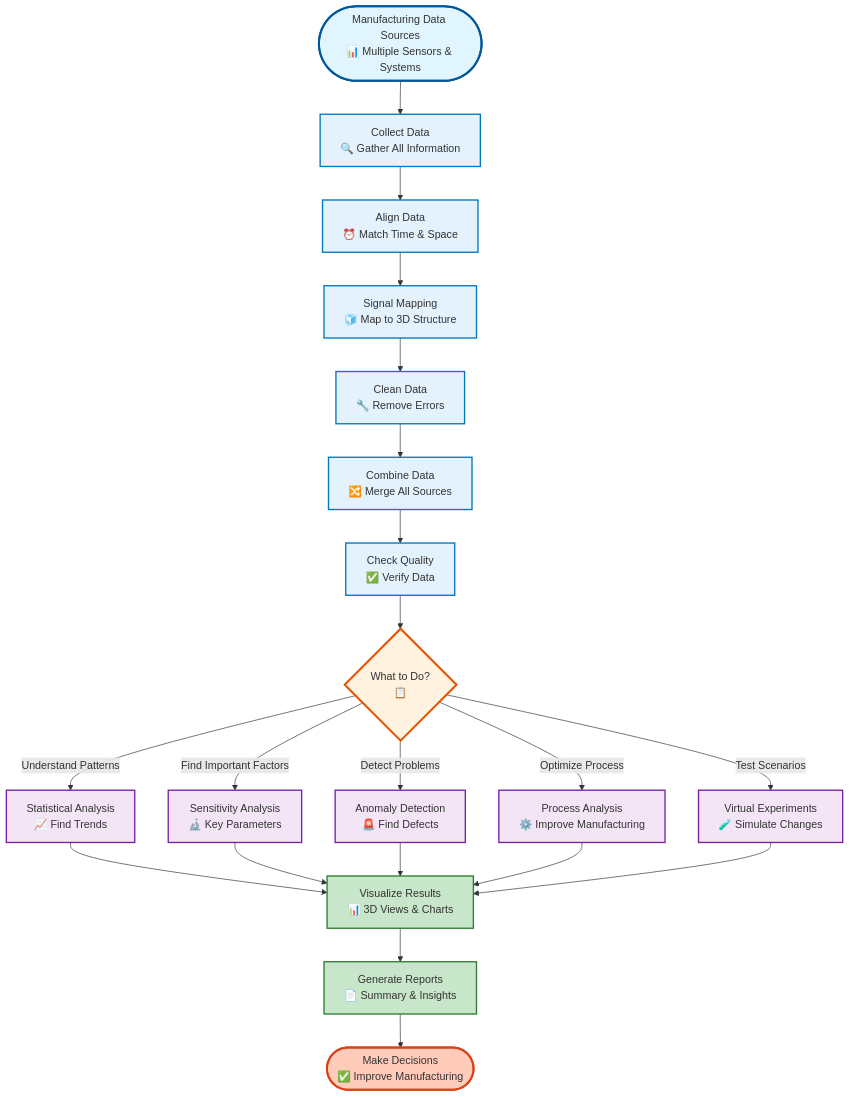
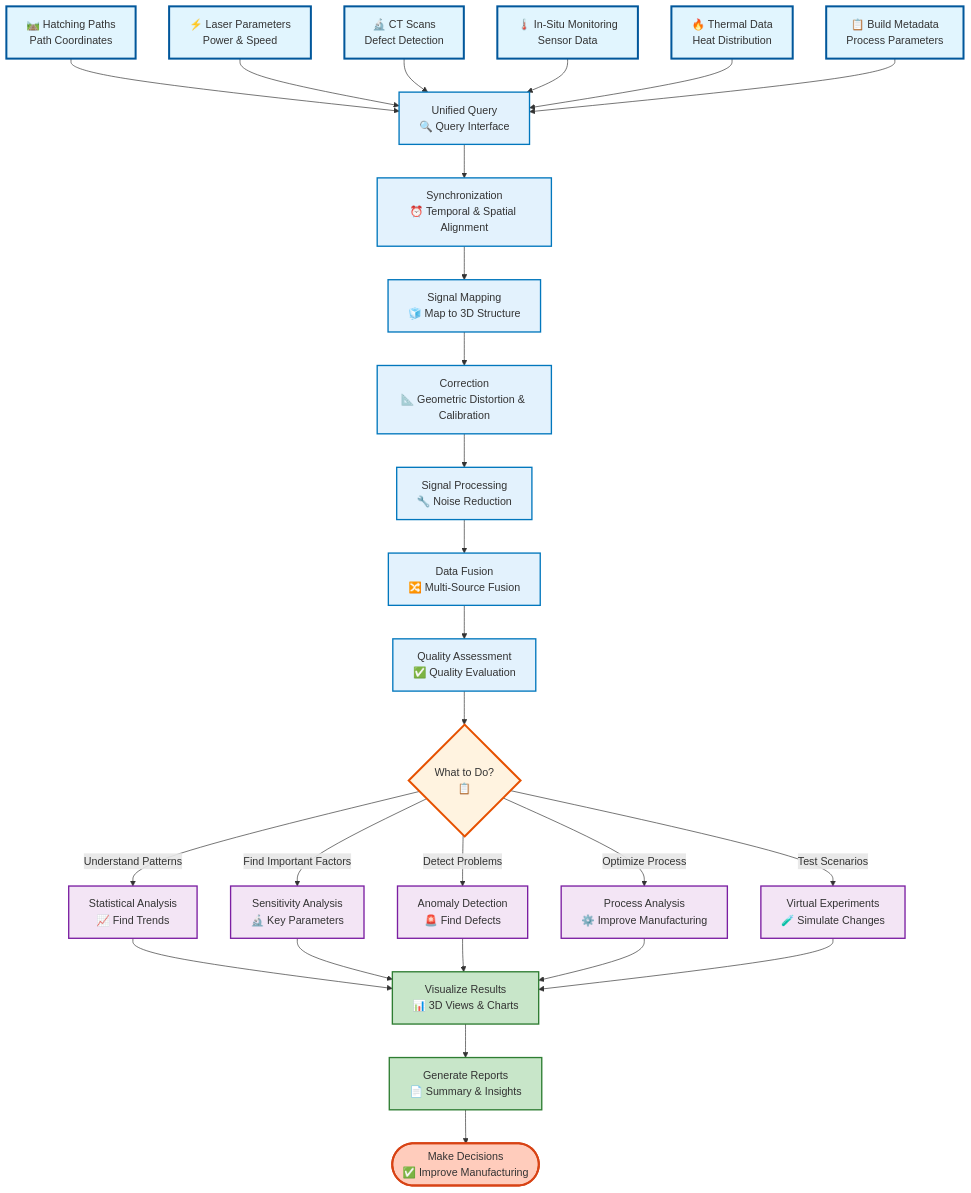
Before and after one commit to kanhaiya-gupta/AM-QADF: the first of 2 diagrams in docs/AM_QADF/01-overview.md, drawn with Mermaid. The commit also changed 4 other files, not shown here.

````diff
--- a/docs/AM_QADF/01-overview.md
+++ b/docs/AM_QADF/01-overview.md
@@ -9,47 +9,54 @@
 ```mermaid
 flowchart TD
-    Start([Manufacturing Data Sources<br/>📊 Multiple Sensors & Systems]) --> Collect["Collect Data<br/>🔍 Gather All Information"]
+    Hatching["🛤️ Hatching Paths<br/>Path Coordinates"] --> Query["Unified Query<br/>🔍 Query Interface"]
+    Laser["⚡ Laser Parameters<br/>Power & Speed"] --> Query
+    CT["🔬 CT Scans<br/>Defect Detection"] --> Query
+    ISPM["🌡️ In-Situ Monitoring<br/>Sensor Data"] --> Query
+    Thermal["🔥 Thermal Data<br/>Heat Distribution"] --> Query
+    Metadata["📋 Build Metadata<br/>Process Parameters"] --> Query
     
-    Collect --> Align["Align Data<br/>⏰ Match Time & Space"]
+    Query --> Sync["Synchronization<br/>⏰ Temporal & Spatial Alignment"]
     
-    Align --> SignalMap["Signal Mapping<br/>🧊 Map to 3D Structure"]
+    Sync --> SignalMap["Signal Mapping<br/>🧊 Map to 3D Structure"]
     
-    SignalMap --> Clean["Clean Data<br/>🔧 Remove Errors"]
+    SignalMap --> Correction["Correction<br/>📐 Geometric Distortion & Calibration"]
     
-    Clean --> Combine["Combine Data<br/>🔀 Merge All Sources"]
+    Correction --> Processing["Signal Processing<br/>🔧 Noise Reduction"]
     
-    Combine --> Check["Check Quality<br/>✅ Verify Data"]
+    Processing --> Fusion["Data Fusion<br/>🔀 Multi-Source Fusion"]
     
-    Check --> Analyze{"What to Do?<br/>📋"}
+    Fusion --> Quality["Quality Assessment<br/>✅ Quality Evaluation"]
+    
+    Quality --> Analyze{"What to Do?<br/>📋"}
     
     Analyze -->|Understand Patterns| Stats["Statistical Analysis<br/>📈 Find Trends"]
     Analyze -->|Find Important Factors| Sensitivity["Sensitivity Analysis<br/>🔬 Key Parameters"]
     Analyze -->|Detect Problems| Anomaly["Anomaly Detection<br/>🚨 Find Defects"]
     Analyze -->|Optimize Process| Process["Process Analysis<br/>⚙️ Improve Manufacturing"]
     Analyze -->|Test Scenarios| Virtual["Virtual Experiments<br/>🧪 Simulate Changes"]
     
     Stats --> Visualize["Visualize Results<br/>📊 3D Views & Charts"]
     Sensitivity --> Visualize
     Anomaly --> Visualize
     Process --> Visualize
     Virtual --> Visualize
     
     Visualize --> Report["Generate Reports<br/>📄 Summary & Insights"]
     
     Report --> Decision([Make Decisions<br/>✅ Improve Manufacturing])
     
     %% Styling
     classDef input fill:#e1f5fe,stroke:#01579b,stroke-width:3px
     classDef process fill:#e3f2fd,stroke:#0277bd,stroke-width:2px
     classDef decision fill:#fff3e0,stroke:#e65100,stroke-width:3px
     classDef analysis fill:#f3e5f5,stroke:#7b1fa2,stroke-width:2px
     classDef output fill:#c8e6c9,stroke:#2e7d32,stroke-width:2px
     classDef action fill:#ffccbc,stroke:#d84315,stroke-width:3px
 
-    class Start input
-    class Collect,Align,SignalMap,Clean,Combine,Check process
+    class Hatching,Laser,CT,ISPM,Thermal,Metadata input
+    class Query,Sync,SignalMap,Correction,Processing,Fusion,Quality process
     class Analyze decision
     class Stats,Sensitivity,Anomaly,Process,Virtual analysis
     class Visualize,Report output
     class Decision action
 ```
````
